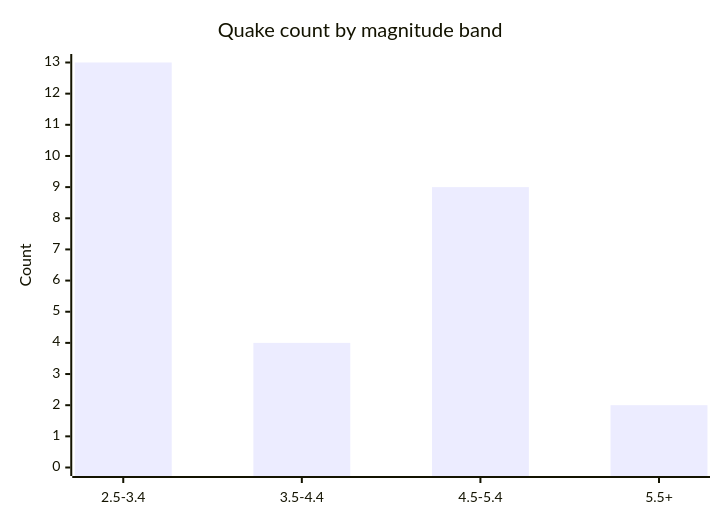
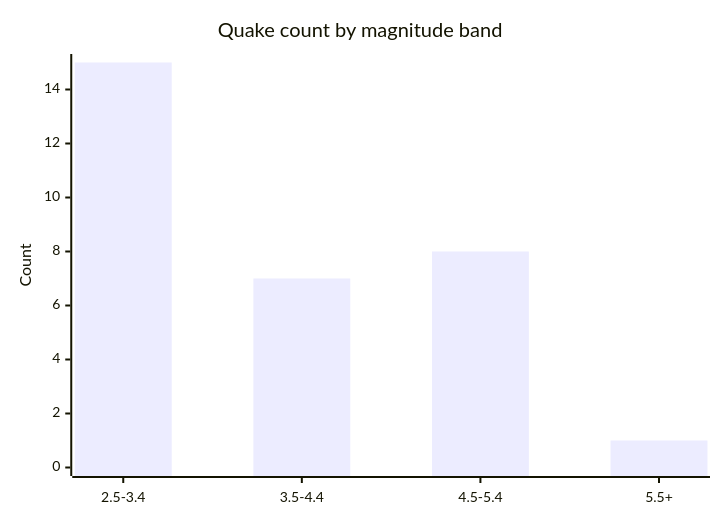
One commit to Midwest-Stratospheric/aerostratospheric-defense-gir changed the fifth of 6 diagrams in docs/GRAPHS.md. Above: the diagram before and after it, drawn with Mermaid. The commit also changed other lines of this file and 25 other files, not shown here.

````diff
--- a/docs/GRAPHS.md
+++ b/docs/GRAPHS.md
@@ -82,7 +82,7 @@
 ```mermaid
 xychart-beta
   title "Quake count by magnitude band"
   x-axis ["2.5-3.4", "3.5-4.4", "4.5-5.4", "5.5+"]
-  y-axis "Count" 0 --> 13
-  bar [13, 4, 9, 2]
+  y-axis "Count" 0 --> 15
+  bar [15, 7, 8, 1]
 ```
````
